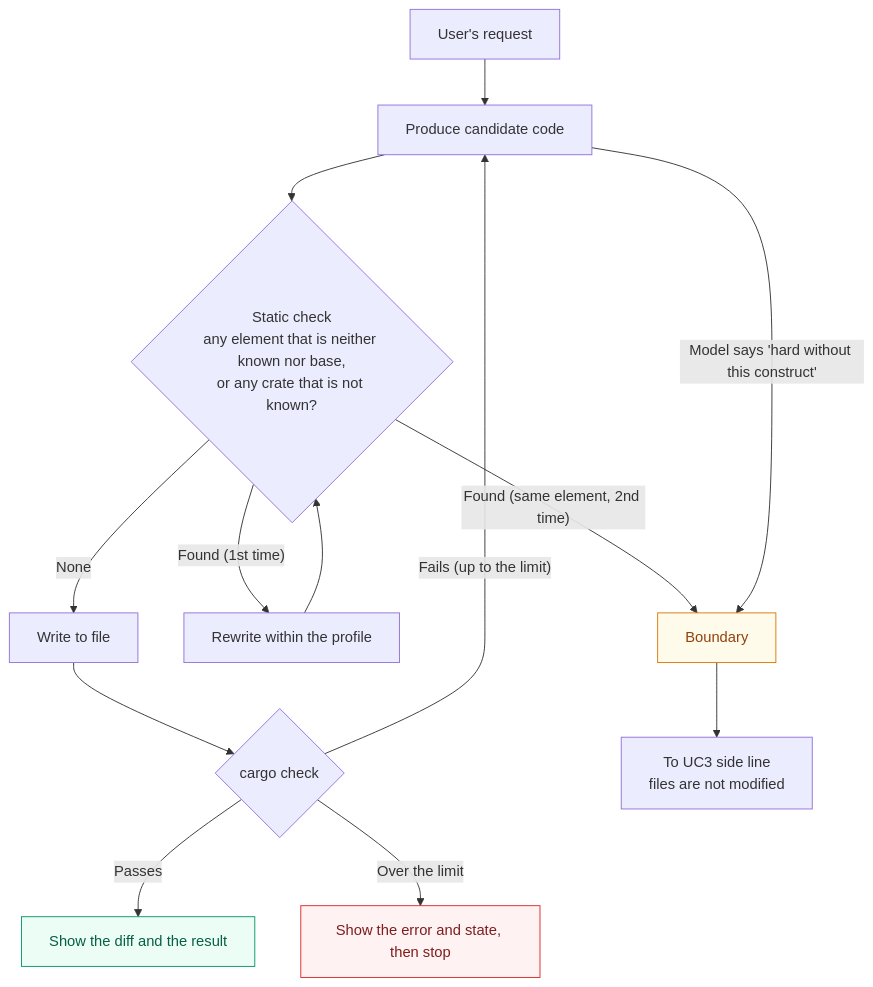
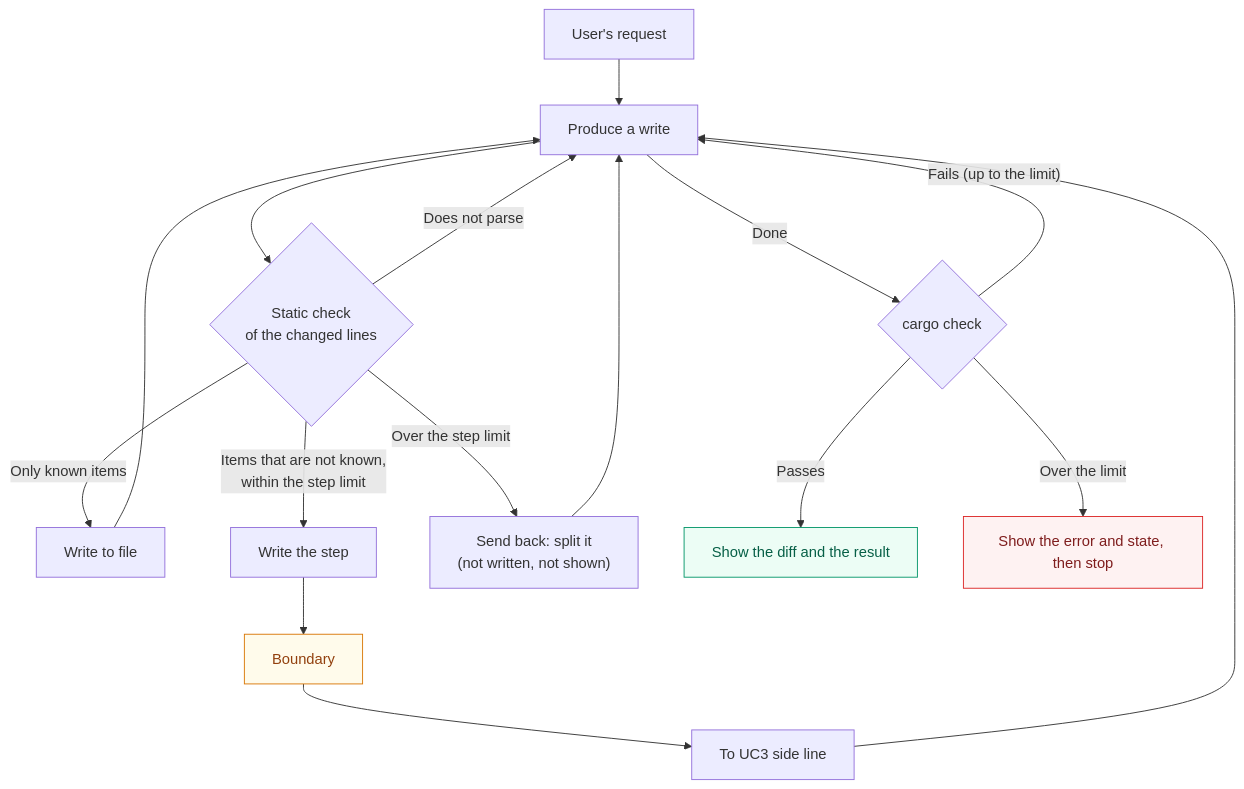
Before and after one commit to sumiredc/molt: the fourth of 9 diagrams in PRD.md, drawn with Mermaid. The commit also changed other lines of this file and 1 other file, not shown here.

````diff
--- a/PRD.md
+++ b/PRD.md
@@ -161,16 +163,17 @@
 ```mermaid
 flowchart TB
-  U["User's request"] --> G["Produce candidate code"]
-  G --> C{"Static check<br/>any element that is neither known nor base,<br/>or any crate that is not known?"}
-  C -- "None" --> W["Write to file"] --> CK{"cargo check"}
+  U["User's request"] --> G["Produce a write"]
+  G --> C{"Static check<br/>of the changed lines"}
+  C -- "Does not parse" --> G
+  C -- "Only known items" --> W["Write to file"] --> G
+  C -- "Items that are not known,<br/>within the step limit" --> WS["Write the step"] --> B["Boundary"]:::warn
+  B --> UC3["To UC3 side line"] --> G
+  C -- "Over the step limit" --> SP["Send back: split it<br/>(not written, not shown)"] --> G
+  G -- "Done" --> CK{"cargo check"}
   CK -- "Passes" --> SH["Show the diff and the result"]:::ok
   CK -- "Fails (up to the limit)" --> G
   CK -- "Over the limit" --> ST["Show the error and state, then stop"]:::bad
-  C -- "Found (1st time)" --> RW["Rewrite within the profile"] --> C
-  C -- "Found (same element, 2nd time)" --> B["Boundary"]:::warn
-  G -- "Model says 'hard without this construct'" --> B
-  B --> UC3["To UC3 side line<br/>files are not modified"]
   classDef ok   fill:#ecfdf5,stroke:#059669,color:#065f46
   classDef warn fill:#fffbeb,stroke:#d97706,color:#92400e
   classDef bad  fill:#fef2f2,stroke:#dc2626,color:#7f1d1d
 ```
````
